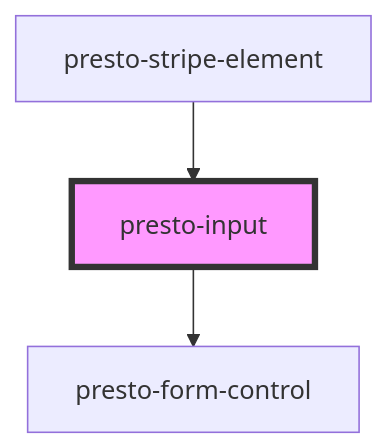
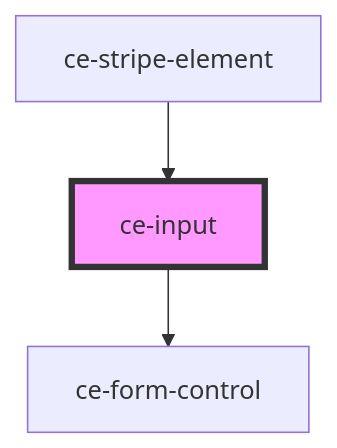
The diagram in packages/components/docs/components/ui/input/readme.md (surecart/surecart-wp-plugin), drawn with Mermaid before and after one commit. The commit also changed other lines of this file and 292 other files, not shown here.

````diff
--- a/packages/components/docs/components/ui/input/readme.md
+++ b/packages/components/docs/components/ui/input/readme.md
@@ -114,6 +112,6 @@
 ```mermaid
 graph TD;
-  presto-input --> presto-form-control
-  presto-stripe-element --> presto-input
-  style presto-input fill:#f9f,stroke:#333,stroke-width:4px
+  ce-input --> ce-form-control
+  ce-stripe-element --> ce-input
+  style ce-input fill:#f9f,stroke:#333,stroke-width:4px
 ```
````
